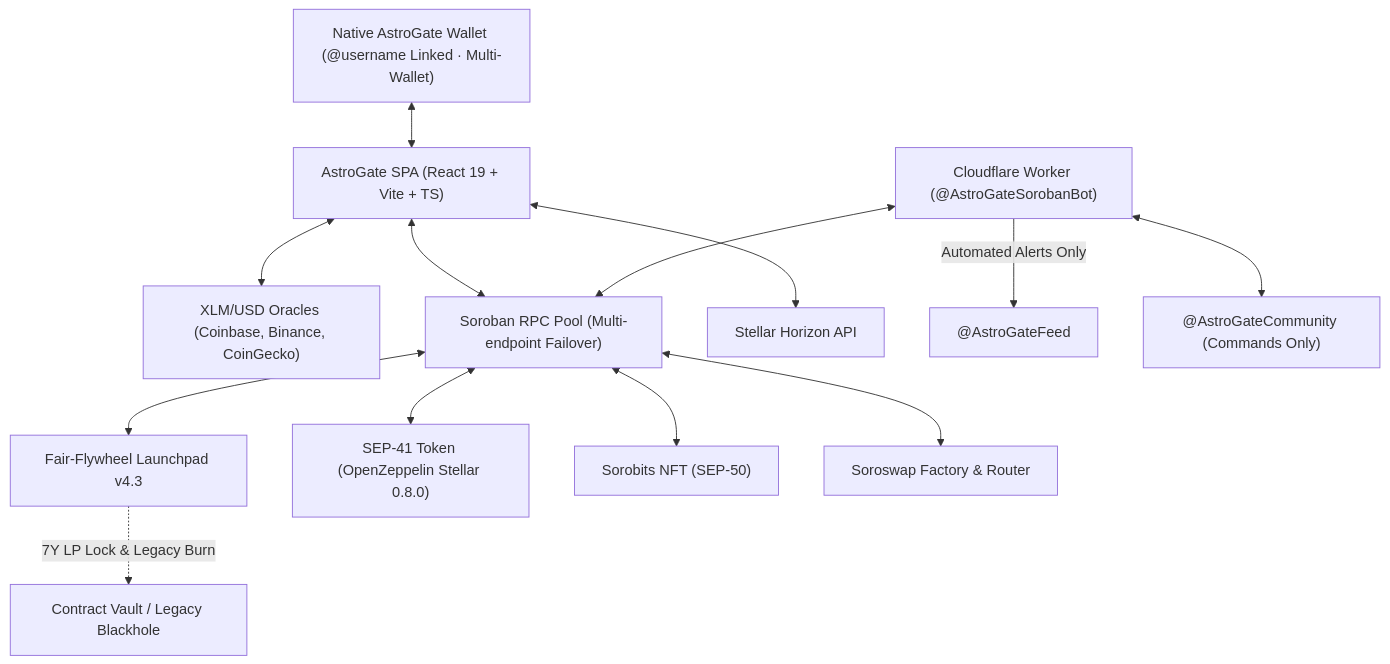
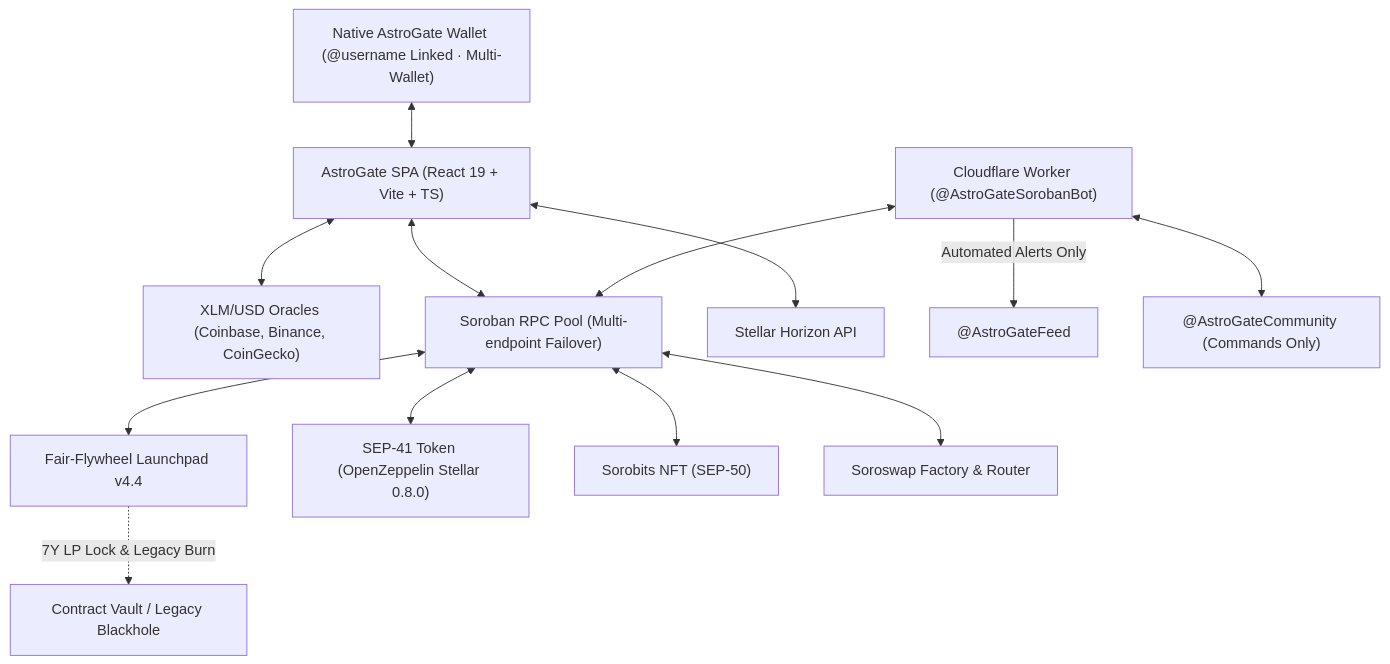
The diagram in README.md (NunaLabsDev/astrogate), drawn with Mermaid before and after one commit. The commit also changed other lines of this file and 58 other files, not shown here.

````diff
--- a/README.md
+++ b/README.md
@@ -35,15 +36,15 @@
 ```mermaid
 flowchart TD
     User["Native AstroGate Wallet (@username Linked · Multi-Wallet)"] <--> Frontend["AstroGate SPA (React 19 + Vite + TS)"]
     Frontend <--> Oracles["XLM/USD Oracles (Coinbase, Binance, CoinGecko)"]
     Frontend <--> RPC["Soroban RPC Pool (Multi-endpoint Failover)"]
     Frontend <--> Horizon["Stellar Horizon API"]
-    RPC <--> Launchpad["Fair-Flywheel Launchpad v4.3"]
+    RPC <--> Launchpad["Fair-Flywheel Launchpad v4.4"]
     RPC <--> Token["SEP-41 Token (OpenZeppelin Stellar 0.8.0)"]
     RPC <--> Sorobits["Sorobits NFT (SEP-50)"]
     RPC <--> Soroswap["Soroswap Factory & Router"]
     Launchpad -. "7Y LP Lock & Legacy Burn" .-> Blackhole["Contract Vault / Legacy Blackhole"]
     Worker["Cloudflare Worker (@AstroGateSorobanBot)"] <--> RPC
     Worker -- "Automated Alerts Only" --> Feed["@AstroGateFeed"]
     Worker <--> Community["@AstroGateCommunity (Commands Only)"]
 ```
````
